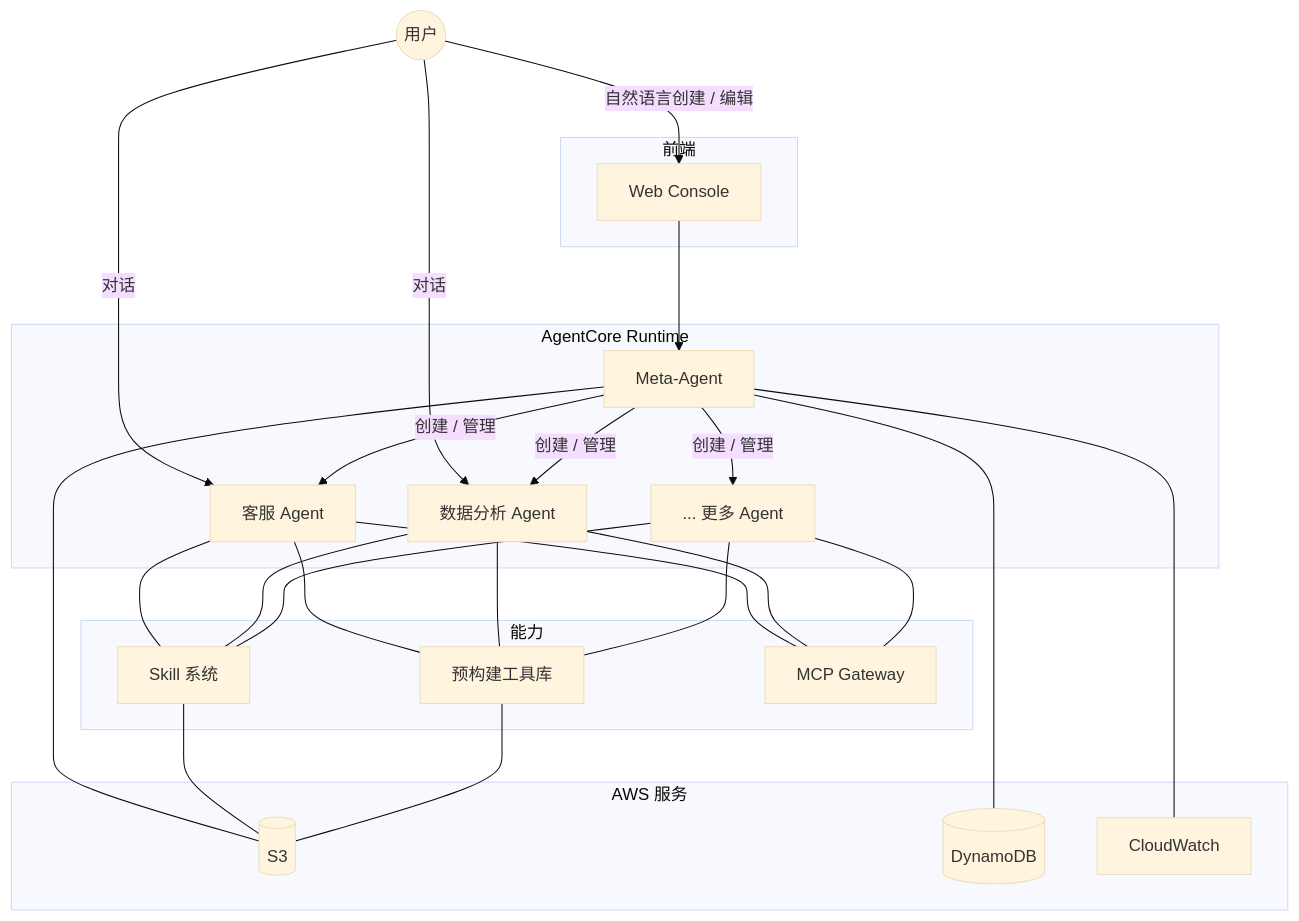
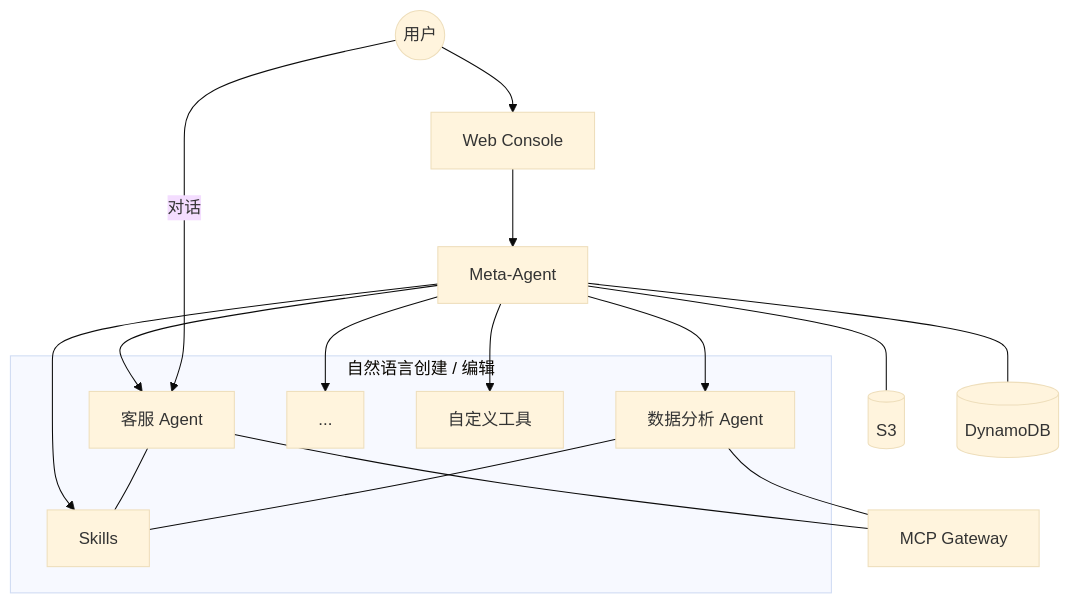
Before and after one commit to ddpie/agent-studio: the first of 2 diagrams in README.md, drawn with Mermaid (base theme). The commit also changed other lines of this file, not shown here.

````diff
--- a/README.md
+++ b/README.md
@@ -7,35 +7,26 @@
 ```mermaid
 graph TB
     User((用户))
+    FE[Web Console]
+    META[Meta-Agent]
 
-    subgraph 前端
-        FE[Web Console]
+    subgraph 自然语言创建 / 编辑
+        A1[客服 Agent]
+        A2[数据分析 Agent]
+        A3[...]
+        Skills[Skills]
+        Tools[自定义工具]
     end
 
-    subgraph AgentCore Runtime
-        META[Meta-Agent]
-        A1[客服 Agent]
-        A2[数据分析 Agent]
-        A3[... 更多 Agent]
-    end
+    MCP[MCP Gateway]
+    S3[(S3)]
+    DDB[(DynamoDB)]
 
-    subgraph 能力
-        Skills[Skill 系统]
-        Tools[预构建工具库]
-        MCP[MCP Gateway]
-    end
-
-    subgraph AWS 服务
-        S3[(S3)]
-        DDB[(DynamoDB)]
-        CW[CloudWatch]
-    end
-
-    User -->|自然语言创建 / 编辑| FE
-    User -->|对话| A1 & A2
-    FE --> META
-    META -->|创建 / 管理| A1 & A2 & A3
-    META --- S3 & DDB & CW
-    A1 & A2 & A3 --- Skills & Tools & MCP
-    Skills & Tools --- S3
+    User --> FE --> META
+    META --> A1 & A2 & A3
+    META --> Skills & Tools
+    META --- S3 & DDB
+    A1 & A2 --- MCP
+    A1 & A2 --- Skills
+    User -->|对话| A1
 ```
````
